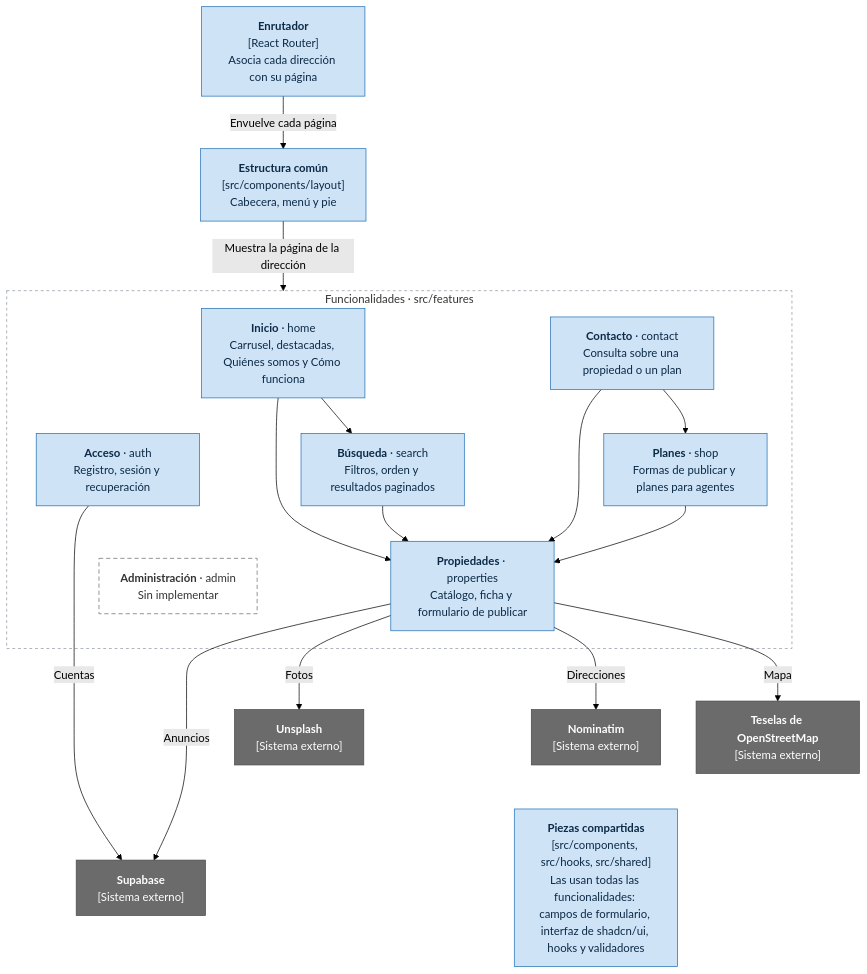
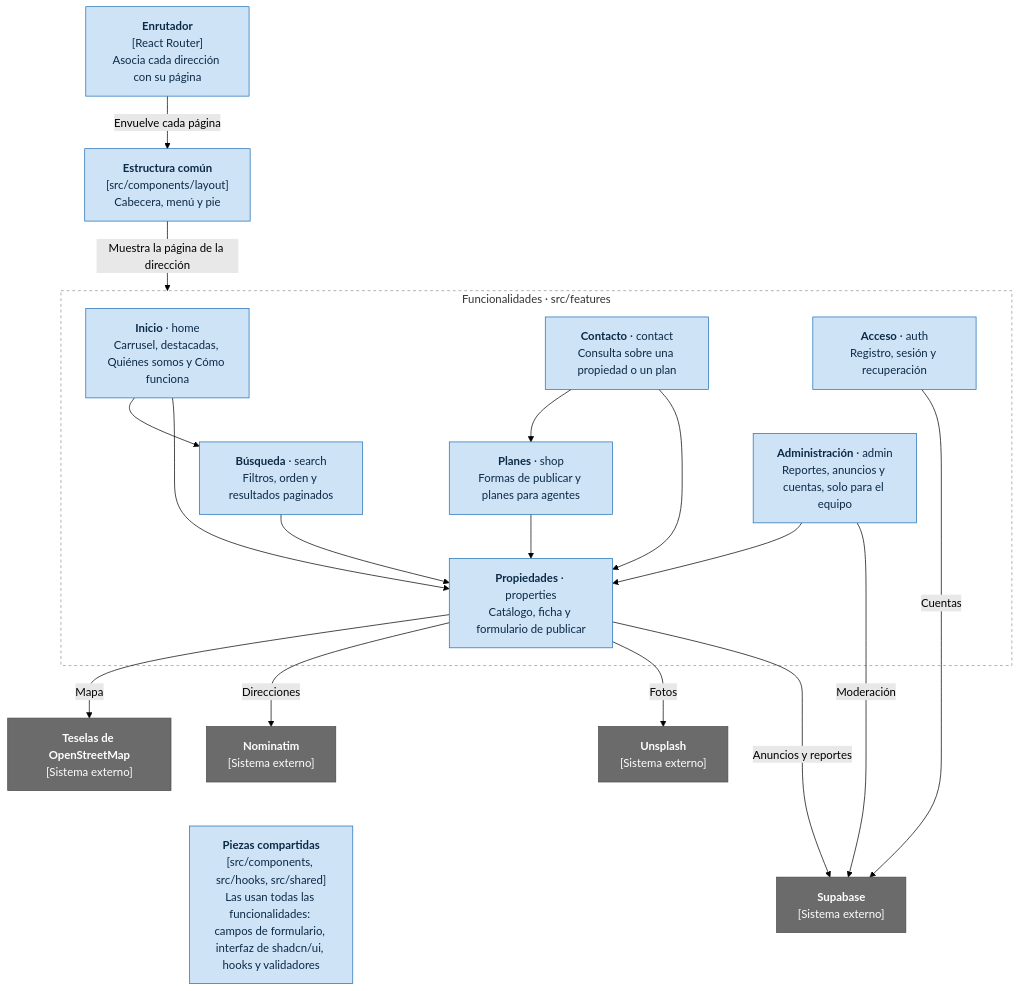
One commit to jespinal899/raizMotor changed the fourth of 6 diagrams in docs/arquitectura.md. Above: the diagram before and after it, drawn with Mermaid (forest theme). The commit also changed other lines of this file and 2 other files, not shown here.

Commit message:
docs: documenta la búsqueda en el servidor, los reportes y el panel
Añade las migraciones 8 y 9 a su tabla, explica cómo nombrar una cuenta
del equipo (lo único que se hace a mano, a propósito) y que ocultar
anuncios y cambiar límites pasan al panel de administración. Actualiza
el estado del sitio, la arquitectura y lo pendiente, y avisa de que las
migraciones se aplican antes de publicar el sitio que las usa.

Claude-Session: https://claude.ai/code/session_01RZQp9PiDohuGggtb1zQi2k

````diff
--- a/docs/arquitectura.md
+++ b/docs/arquitectura.md
@@ -129,52 +127,53 @@
 ```mermaid
 %%{init: {"flowchart": {"wrappingWidth": 170}}}%%
 flowchart TB
     accTitle: Componentes de la aplicación web
     accDescr: El enrutador muestra, dentro de la estructura común, la página de cada funcionalidad. Inicio usa Búsqueda y Propiedades, Búsqueda usa Propiedades, Contacto usa Propiedades y Planes, y Planes usa Propiedades. Acceso lleva las cuentas en Supabase y Propiedades consulta los demás sistemas externos. Todas usan las piezas compartidas.
 
     router["<b>Enrutador</b><br/>[React Router]<br/>Asocia cada dirección con su página"]
     layout["<b>Estructura común</b><br/>[src/components/layout]<br/>Cabecera, menú y pie"]
 
     subgraph features ["Funcionalidades · src/features"]
         home["<b>Inicio</b> · home<br/>Carrusel, destacadas, Quiénes somos y Cómo funciona"]
         contact["<b>Contacto</b> · contact<br/>Consulta sobre una propiedad o un plan"]
         auth["<b>Acceso</b> · auth<br/>Registro, sesión y recuperación"]
         search["<b>Búsqueda</b> · search<br/>Filtros, orden y resultados paginados"]
         shop["<b>Planes</b> · shop<br/>Formas de publicar y planes para agentes"]
-        admin["<b>Administración</b> · admin<br/>Sin implementar"]
+        admin["<b>Administración</b> · admin<br/>Reportes, anuncios y cuentas, solo para el equipo"]
         properties["<b>Propiedades</b> · properties<br/>Catálogo, ficha y formulario de publicar"]
 
         home --> search --> properties
         home --> properties
         contact --> shop
         contact --> properties
         shop --> properties
         %% Enlaces invisibles: solo ordenan las cajas en tres columnas para que el diagrama no se ensanche.
         contact ~~~ search
         auth ~~~ admin
+        admin --> properties
     end
 
     tiles["<b>Teselas de OpenStreetMap</b><br/>[Sistema externo]"]
     nominatim["<b>Nominatim</b><br/>[Sistema externo]"]
     unsplash["<b>Unsplash</b><br/>[Sistema externo]"]
     supabase["<b>Supabase</b><br/>[Sistema externo]"]
     shared["<b>Piezas compartidas</b><br/>[src/components, src/hooks, src/shared]<br/>Las usan todas las funcionalidades: campos de formulario, interfaz de shadcn/ui, hooks y validadores"]
 
     router -- "Envuelve cada página" --> layout
     layout -- "Muestra la página de la dirección" --> features
     properties -- "Mapa" --> tiles
     properties -- "Direcciones" --> nominatim
     properties -- "Fotos" --> unsplash
     auth -- "Cuentas" --> supabase
-    properties -- "Anuncios" ---> supabase
+    properties -- "Anuncios y reportes" ---> supabase
+    admin -- "Moderación" --> supabase
     nominatim ~~~ shared
     unsplash ~~~ supabase
 
     classDef componente fill:#cfe3f7,stroke:#1f6fb5,color:#0b2a45
     classDef externo fill:#6b6b6b,stroke:#4a4a4a,color:#fff
     classDef pendiente fill:#fff,stroke:#6b6b6b,color:#333,stroke-dasharray:6 4
-    class router,layout,home,search,properties,contact,shop,auth,shared componente
+    class router,layout,home,search,properties,contact,shop,auth,admin,shared componente
     class supabase,tiles,nominatim,unsplash externo
-    class admin pendiente
     style features fill:none,stroke:#8c959f,stroke-dasharray:4 4
 ```
````
